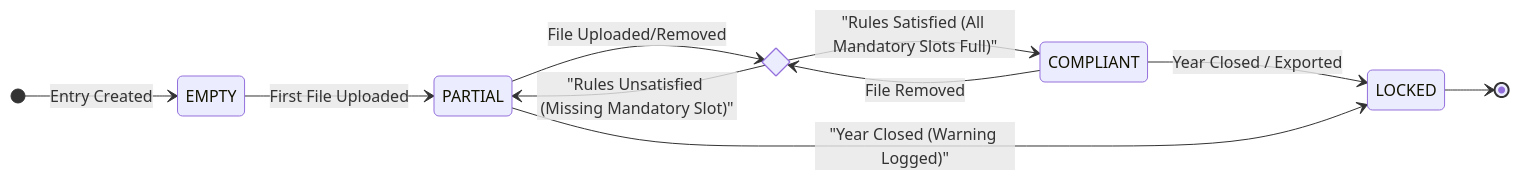
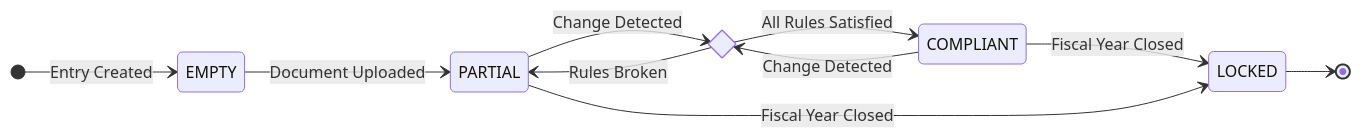
One commit to simopugliese/TaxReport changed the diagram in TaxReport/src/main/java/StateDiagram.mmd. Above: the diagram before and after it, drawn with Mermaid. The commit also changed 3 other files, not shown here.

```diff
--- a/TaxReport/src/main/java/StateDiagram.mmd
+++ b/TaxReport/src/main/java/StateDiagram.mmd
@@ -1,19 +1,19 @@
 stateDiagram-v2
     direction LR
 
     [*] --> EMPTY : Entry Created
 
-    EMPTY --> PARTIAL : First File Uploaded
+    EMPTY --> PARTIAL : Document Uploaded
 
-    state ConsistencyCheck <<choice>>
+    state ValidationGate <<choice>>
 
-    PARTIAL --> ConsistencyCheck : File Uploaded/Removed
-    COMPLIANT --> ConsistencyCheck : File Removed
+    PARTIAL --> ValidationGate : Change Detected
+    COMPLIANT --> ValidationGate : Change Detected
 
-    ConsistencyCheck --> COMPLIANT : "Rules Satisfied (All Mandatory Slots Full)"
-    ConsistencyCheck --> PARTIAL : "Rules Unsatisfied (Missing Mandatory Slot)"
+    ValidationGate --> COMPLIANT : All Rules Satisfied
+    ValidationGate --> PARTIAL : Rules Broken
 
-    COMPLIANT --> LOCKED : Year Closed / Exported
-    PARTIAL --> LOCKED : "Year Closed (Warning Logged)"
+    COMPLIANT --> LOCKED : Fiscal Year Closed
+    PARTIAL --> LOCKED : Fiscal Year Closed
 
     LOCKED --> [*]
```
